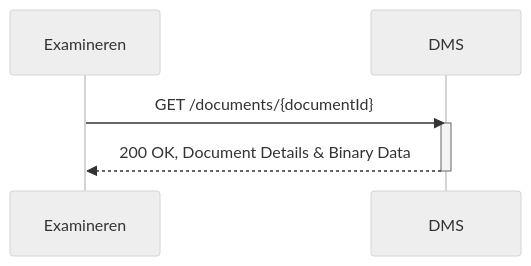
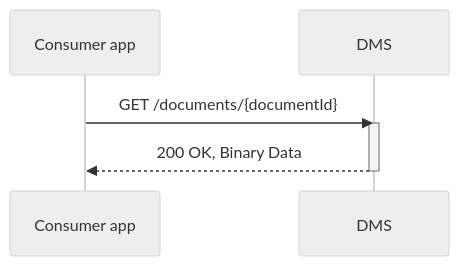
The diagram in doc/flow-x.md (Onderwijs-Koppelingen-OKx/OKD-Document-Management), drawn with Mermaid (neutral theme) before and after one commit. The commit also changed other lines of this file, not shown here.

````diff
--- a/doc/flow-x.md
+++ b/doc/flow-x.md
@@ -16,9 +15,9 @@
 ```mermaid
 sequenceDiagram
-    participant Examineren
+    participant Consumer app
     participant DMS
-    Examineren->>DMS: GET /documents/{documentId}
+    Consumer app->>DMS: GET /documents/{documentId}
     activate DMS
-    DMS-->>Examineren: 200 OK, Document Details & Binary Data
+    DMS-->>Consumer app: 200 OK, Binary Data
     deactivate DMS
 ```
````
